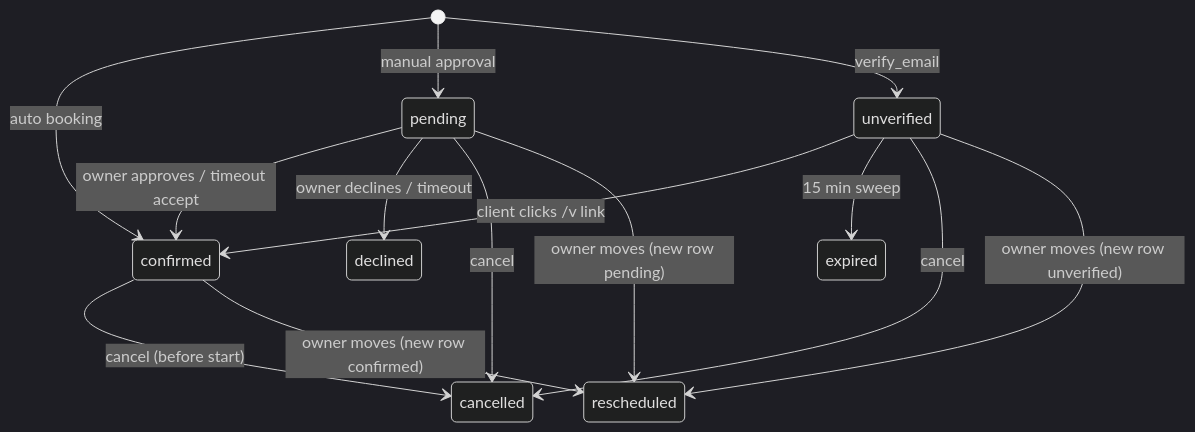
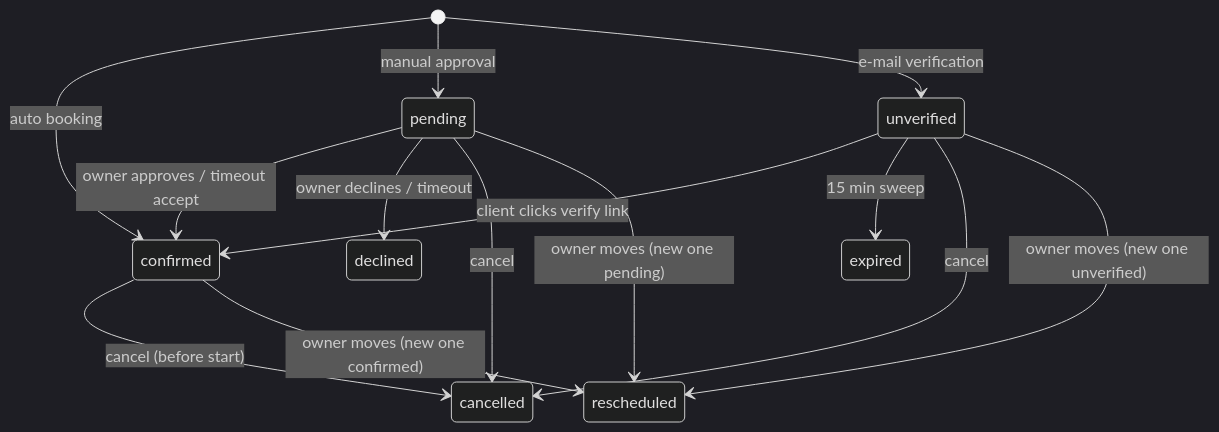
Before and after one commit to alexcastrodev/shortener: the diagram in wiki/appointments-lifecycle.md, drawn with Mermaid (dark theme). The commit also changed other lines of this file and 13 other files, not shown here.

````diff
--- a/wiki/appointments-lifecycle.md
+++ b/wiki/appointments-lifecycle.md
@@ -185,16 +169,16 @@
 ```mermaid
 stateDiagram-v2
   [*] --> confirmed: auto booking
   [*] --> pending: manual approval
-  [*] --> unverified: verify_email
+  [*] --> unverified: e-mail verification
   pending --> confirmed: owner approves / timeout accept
   pending --> declined: owner declines / timeout
-  unverified --> confirmed: client clicks /v link
+  unverified --> confirmed: client clicks verify link
   unverified --> expired: 15 min sweep
   pending --> cancelled: cancel
   unverified --> cancelled: cancel
   confirmed --> cancelled: cancel (before start)
-  pending --> rescheduled: owner moves (new row pending)
-  unverified --> rescheduled: owner moves (new row unverified)
-  confirmed --> rescheduled: owner moves (new row confirmed)
+  pending --> rescheduled: owner moves (new one pending)
+  unverified --> rescheduled: owner moves (new one unverified)
+  confirmed --> rescheduled: owner moves (new one confirmed)
 ```
````
